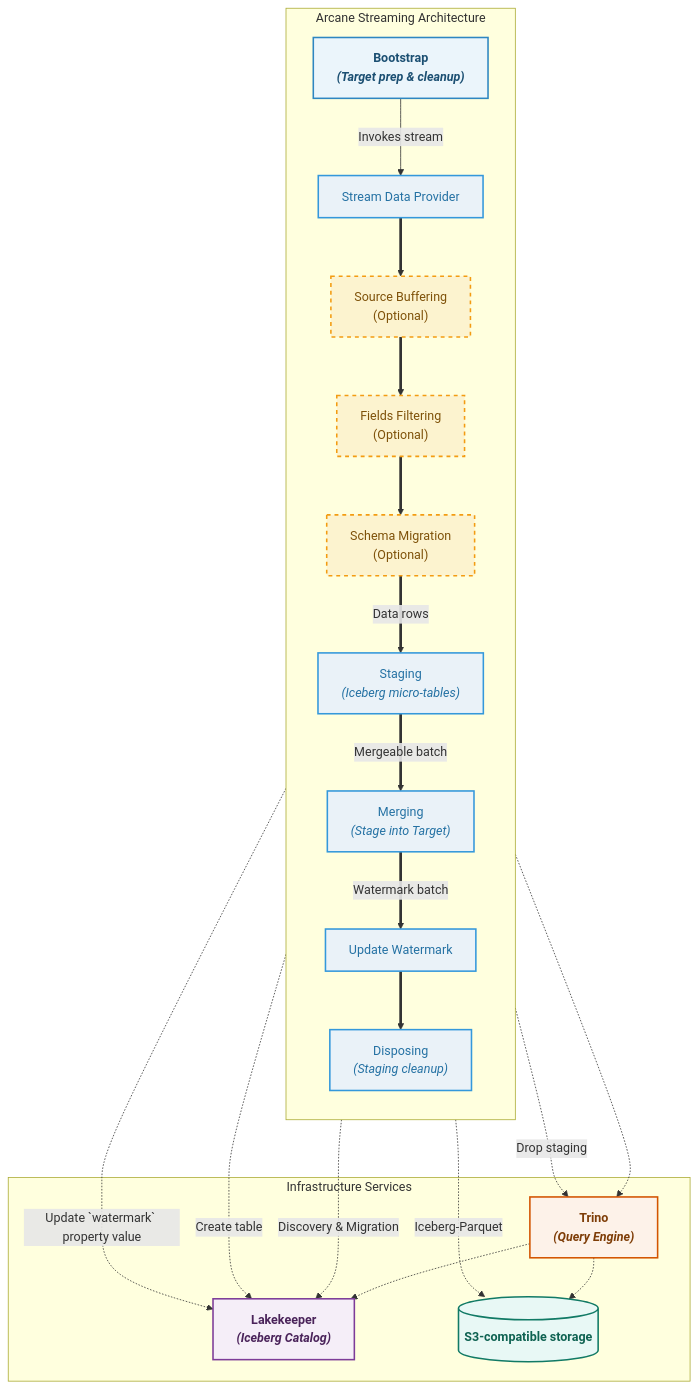
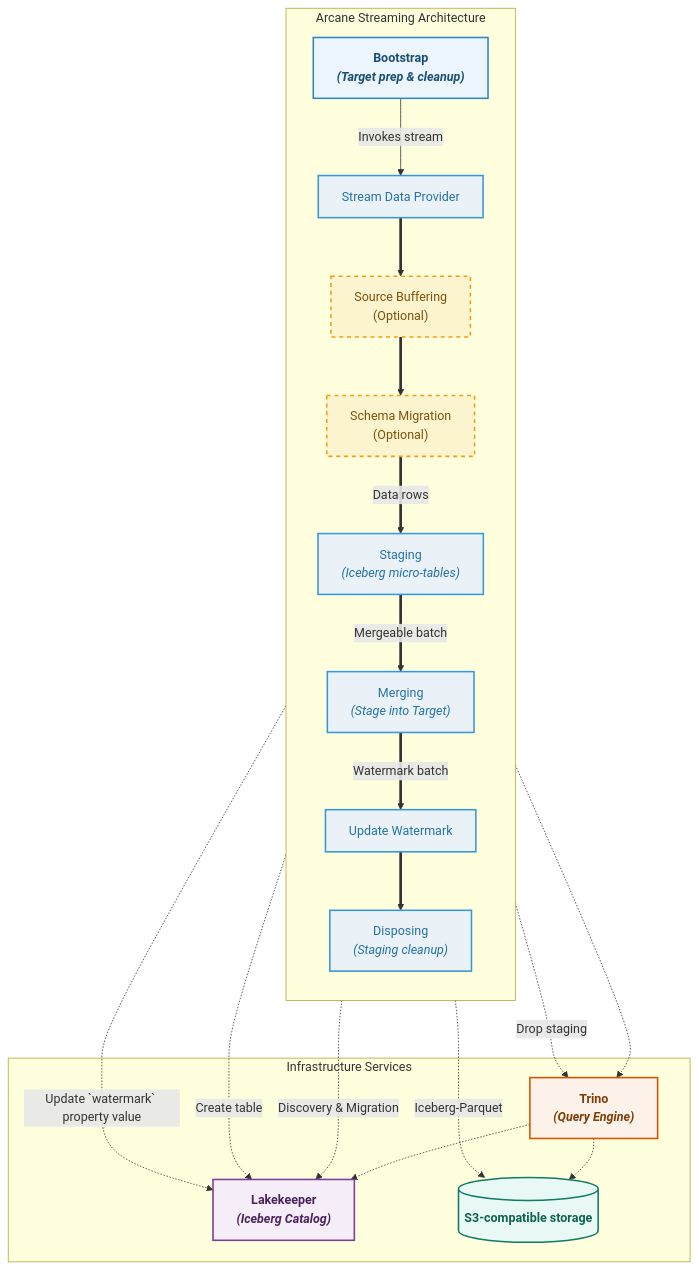
The diagram in docs/architecture.md (SneaksAndData/arcane-framework-scala), drawn with Mermaid before and after one commit. The commit also changed 54 other files, not shown here.

````diff
--- a/docs/architecture.md
+++ b/docs/architecture.md
@@ -1,52 +1,50 @@
 ```mermaid
 graph TD
     %% Styling
     classDef bootstrap fill:#ebf5fb,stroke:#2e86c1,stroke-width:2px,color:#1b4f72,font-weight:bold;
     classDef core fill:#eaf2f8,stroke:#3498db,stroke-width:2px,color:#2471a3;
     classDef optional fill:#fcf3cf,stroke:#f39c12,stroke-width:2px,stroke-dasharray: 5 5,color:#7e5109;
     classDef storage fill:#e8f8f5,stroke:#117a65,stroke-width:2px,color:#0e6251,font-weight:bold;
     classDef catalog fill:#f5eef8,stroke:#7d3c98,stroke-width:2px,color:#4a235a,font-weight:bold;
     classDef engine fill:#fdf2e9,stroke:#d35400,stroke-width:2px,color:#7e3d07,font-weight:bold;
 
     subgraph Arcane [Arcane Streaming Architecture]
         direction TB
         Bootstrap["Bootstrap<br/><i>(Target prep & cleanup)</i>"]:::bootstrap
         StreamDataProvider["Stream Data Provider"]:::core
         SourceBuffering["Source Buffering<br/>(Optional)"]:::optional
-        FieldsFiltering["Fields Filtering<br/>(Optional)"]:::optional
         SchemaDiscoveryMigration["Schema Migration<br/>(Optional)"]:::optional
         Staging["Staging<br/><i>(Iceberg micro-tables)</i>"]:::core
         Merging["Merging<br/><i>(Stage into Target)</i>"]:::core
         WatermarkUpdate["Update Watermark"]:::core
         Disposing["Disposing<br/><i>(Staging cleanup)</i>"]:::core
     end
 
     subgraph Infrastructure [Infrastructure Services]
         Lakekeeper["Lakekeeper<br/><i>(Iceberg Catalog)</i>"]:::catalog
         S3[("S3-compatible storage")]:::storage
         Trino["Trino<br/><i>(Query Engine)</i>"]:::engine
     end
 
     %% Internal pipeline connections & Data Flows
     Bootstrap -->|Invokes stream| StreamDataProvider
     StreamDataProvider ==> SourceBuffering
-    SourceBuffering ==> FieldsFiltering
-    FieldsFiltering ==> SchemaDiscoveryMigration
+    SourceBuffering ==> SchemaDiscoveryMigration
     SchemaDiscoveryMigration ==>|"Data rows"| Staging
     Staging ==>|"Mergeable batch"| Merging
     Merging ==>|"Watermark batch"| WatermarkUpdate
     WatermarkUpdate ==> Disposing
 
     %% External Data and Command Interactions
     SchemaDiscoveryMigration -.->|"Discovery & Migration"| Lakekeeper
     Staging -.->|"Iceberg-Parquet"| S3
     Staging -.->|"Create table"| Lakekeeper
 
     Merging -.-> Trino
     WatermarkUpdate -.->|"Update `watermark` property value"| Lakekeeper
     Disposing -.->|"Drop staging"| Trino
 
     %% Trino Interactions
     Trino -.-> Lakekeeper
     Trino -.-> S3
 ```
````
